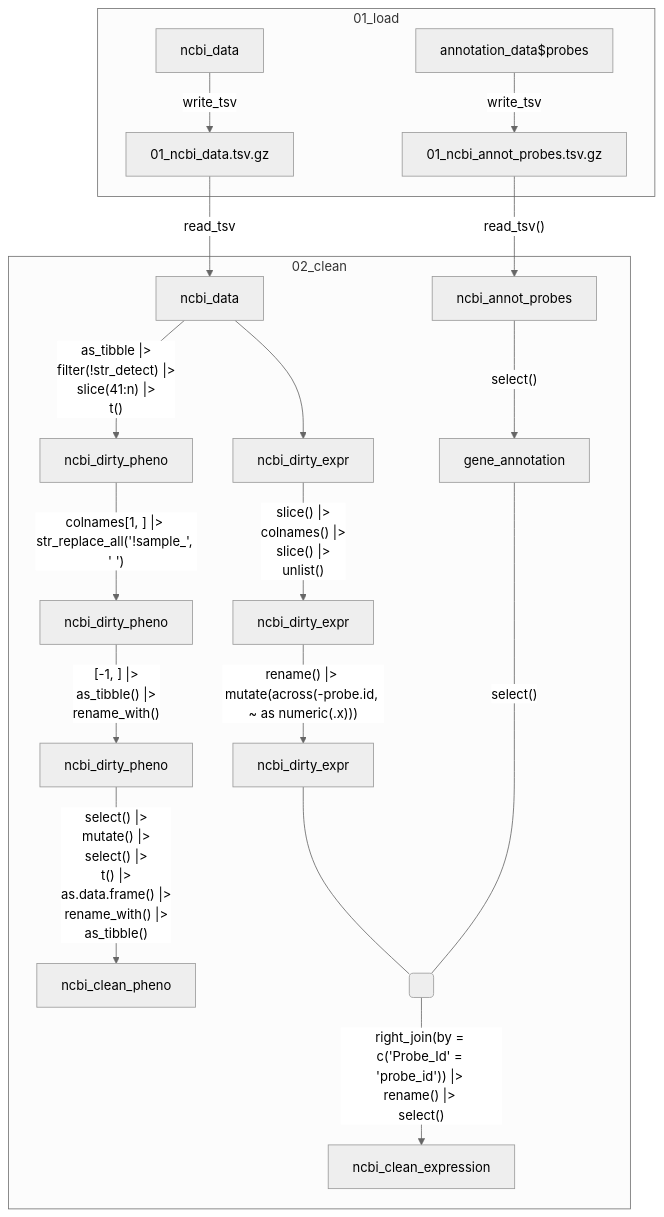
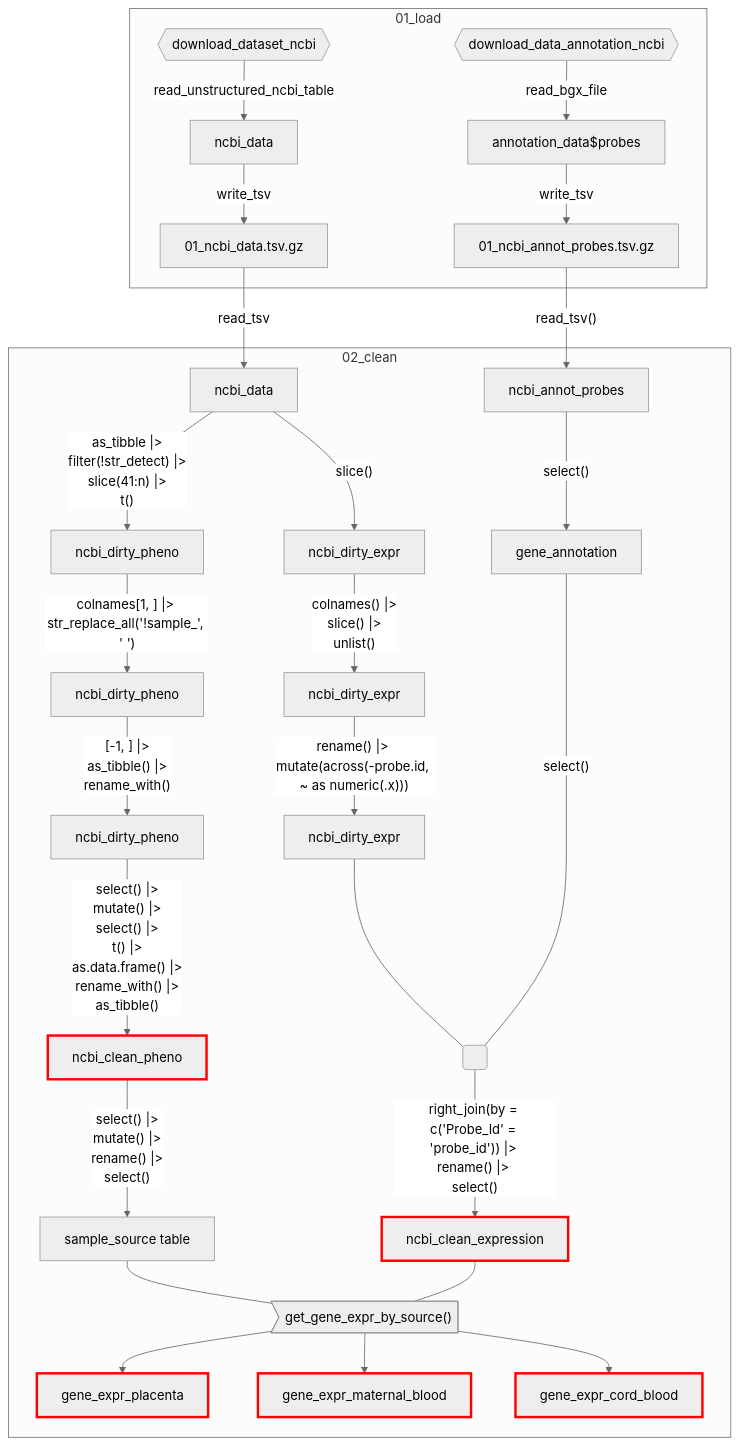
Before and after one commit to rforbiodatascience23/group_9_final_project: the diagram in doc/presentation.qmd, drawn with Mermaid (neutral theme).

Commit message:
Updating flowchart

````diff
--- a/doc/presentation.qmd
+++ b/doc/presentation.qmd
@@ -39,27 +39,53 @@
 ```{mermaid}
 flowchart TD
+  
   subgraph 01_load
+  %%load
+  R{{"download_dataset_ncbi"}} -->|"read_unstructured_ncbi_table"| A[ncbi_data]
+  T{{"download_data_annotation_ncbi"}} -->|"read_bgx_file"| I[annotation_data]
+  
+  %%write
   A[ncbi_data] -->|"write_tsv"| B[01_ncbi_data.tsv.gz]
   I["annotation_data$probes"] --> |"write_tsv"| J["01_ncbi_annot_probes.tsv.gz"]
   end
   subgraph 02_clean
+  %%ncbi_data pipe
   B[01_ncbi_data.tsv.gz] -->|"read_tsv"| C[ncbi_data]
   C[ncbi_data] -->|"as_tibble |> <br/>filter(!str_detect) |> <br/>slice(41:n) |> <br/>t()"| D[ncbi_dirty_pheno]
   D[ncbi_dirty_pheno] --> |"colnames[1, ] |> <br/>str_replace_all('!sample_', ' ')"| E[ncbi_dirty_pheno]
   E[ncbi_dirty_pheno] --> |"[-1, ] |> <br/>as_tibble() |> <br/>rename_with()"| F[ncbi_dirty_pheno]
-  F[ncbi_dirty_pheno] --> |"select() |> <br/>mutate() |> <br/>select() |> <br/>t() |> <br/>as.data.frame() |> <br/>rename_with() |> <br/>as_tibble()"| H[ncbi_clean_pheno]
+  F[ncbi_dirty_pheno] --> |"select() |> <br/>mutate() |> <br/>select() |> <br/>t() |> <br/>as.data.frame() |> <br/>rename_with() |> <br/>as_tibble()"| H[ncbi_clean_pheno]:::red
   
-  C[ncbi_data] --> G[ncbi_dirty_expr]
-  G[ncbi_dirty_expr] --> |"slice() |>  <br/>colnames() |>  <br/>slice() |>  <br/>unlist()"| L[ncbi_dirty_expr]
+  %%sample source and all of the expr
+  H[ncbi_clean_pheno]:::red --> |"select() |> <br/>mutate() |> <br/>rename() |> <br/>select()"| S[sample_source table]
+  S[sample_source table] --- U>"get_gene_expr_by_source()"]
+  Q["ncbi_clean_expression"] --- U>"get_gene_expr_by_source()"]
+  U>"get_gene_expr_by_source()"] --> V[gene_expr_placenta]:::red
+  U>"get_gene_expr_by_source()"] --> W[gene_expr_maternal_blood]:::red
+  U>"get_gene_expr_by_source()"] --> X[gene_expr_cord_blood]:::red
+  
+  %%ncbi_dirty_expr pipe
+  C[ncbi_data] -->|"slice()"| G[ncbi_dirty_expr]
+  G[ncbi_dirty_expr] --> |"colnames() |>  <br/>slice() |>  <br/>unlist()"| L[ncbi_dirty_expr]
   L[ncbi_dirty_expr] --> |"rename() |> <br/>mutate(across(-probe.id, ~ as numeric(.x))) "| M[ncbi_dirty_expr]
   
-  
+  %%annotation probe
   J["01_ncbi_annot_probes.tsv.gz"] -->|"read_tsv()"| N["ncbi_annot_probes"]
   N["ncbi_annot_probes"] --> |"select()"| O["gene_annotation"]
   
+  %%merging to clean ncbi
   O["gene_annotation"] ---|"select()"| P( ):::empty
   M["ncbi_dirty_expr"] --- P( )
-  P( ) -->|"right_join(by = c('Probe_Id' = 'probe_id')) |> <br/>rename() |> <br/>select()"| Q["ncbi_clean_expression"]
+  P( ) -->|"right_join(by = c('Probe_Id' = 'probe_id')) |> <br/>rename() |> <br/>select()"| Q["ncbi_clean_expression"]:::red
   
+  classDef red stroke:#f00,stroke-width:3px
   end
+  %%writing and reading
+  %%subgraph 04_augment
+  %%Q["ncbi_clean_expression"] -->  Y[gene_expr_placenta]
+  %%V[gene_expr_placenta] -->  Z[gene_expr_placenta]
+  %%W[gene_expr_maternal_blood] -->  AA[gene_expr_maternal_blood]
+  %%X[gene_expr_cord_blood] -->  AB[gene_expr_cord_blood]
+  %%H[ncbi_clean_pheno] -->  AC[ncbi_clean_pheno]
+  %%end
 ```
````
